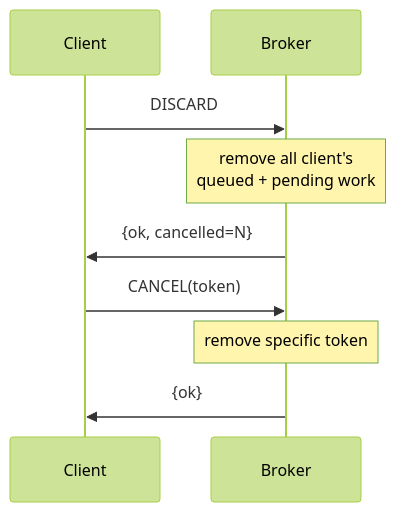
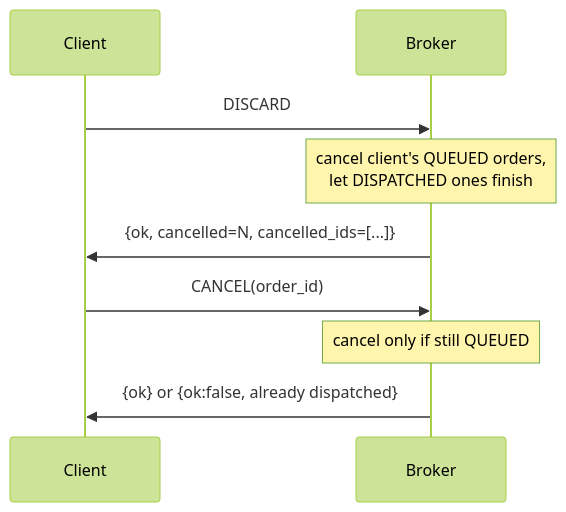
One commit to ayghri/softs changed the third of 5 diagrams in docs/source/architecture.rst. Above: the diagram before and after it, drawn with Mermaid (forest theme). The commit also changed other lines of this file and 191 other files, not shown here.

```diff
--- a/docs/source/architecture.rst
+++ b/docs/source/architecture.rst
@@ -84,13 +111,13 @@
 .. mermaid::
 
    sequenceDiagram
        participant C as Client
        participant B as Broker
 
        C->>B: DISCARD
-       Note over B: remove all client's<br/>queued + pending work
-       B->>C: {ok, cancelled=N}
+       Note over B: cancel client's QUEUED orders,<br/>let DISPATCHED ones finish
+       B->>C: {ok, cancelled=N, cancelled_ids=[...]}
 
-       C->>B: CANCEL(token)
-       Note over B: remove specific token
-       B->>C: {ok}
+       C->>B: CANCEL(order_id)
+       Note over B: cancel only if still QUEUED
+       B->>C: {ok} or {ok:false, already dispatched}
```
